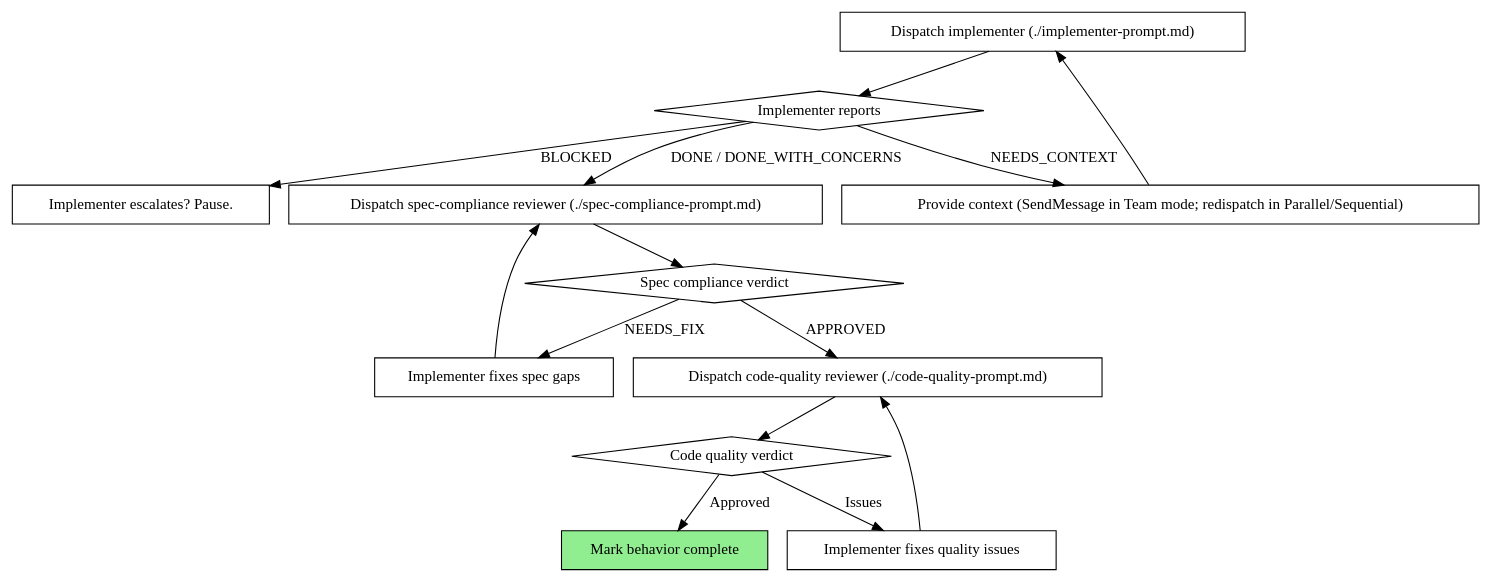
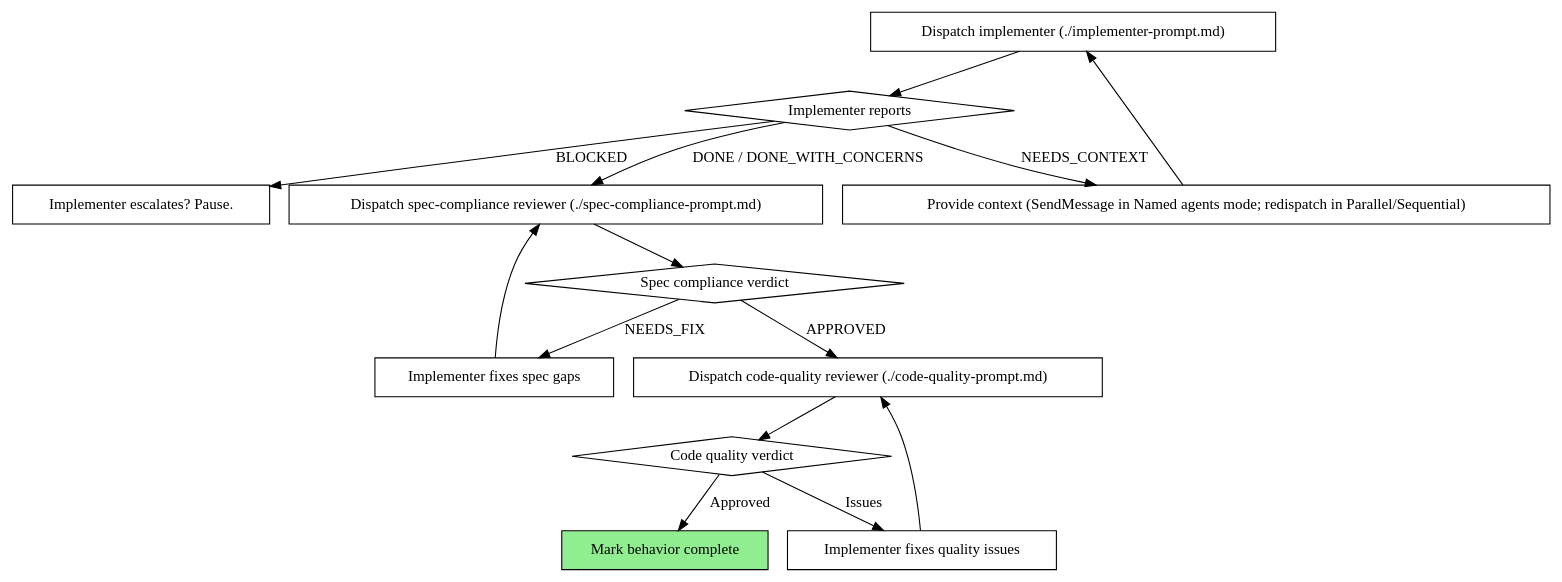
The diagram in plugins/wovenflow/skills/subflow/SKILL.md (wovenflow/wovenflow), drawn with Graphviz before and after one commit. The commit also changed other lines of this file and 5 other files, not shown here.

````diff
--- a/plugins/wovenflow/skills/subflow/SKILL.md
+++ b/plugins/wovenflow/skills/subflow/SKILL.md
@@ -305,30 +302,30 @@
 ```dot
 digraph build_per_behavior {
   rankdir=TB;
   "Dispatch implementer (./implementer-prompt.md)" [shape=box];
   "Implementer reports" [shape=diamond];
-  "Provide context (SendMessage in Team mode; redispatch in Parallel/Sequential)" [shape=box];
+  "Provide context (SendMessage in Named agents mode; redispatch in Parallel/Sequential)" [shape=box];
   "Implementer escalates? Pause." [shape=box];
   "Implementer fixes spec gaps" [shape=box];
   "Dispatch spec-compliance reviewer (./spec-compliance-prompt.md)" [shape=box];
   "Spec compliance verdict" [shape=diamond];
   "Dispatch code-quality reviewer (./code-quality-prompt.md)" [shape=box];
   "Code quality verdict" [shape=diamond];
   "Implementer fixes quality issues" [shape=box];
   "Mark behavior complete" [shape=box style=filled fillcolor=lightgreen];
 
   "Dispatch implementer (./implementer-prompt.md)" -> "Implementer reports";
-  "Implementer reports" -> "Provide context (SendMessage in Team mode; redispatch in Parallel/Sequential)" [label="NEEDS_CONTEXT"];
-  "Provide context (SendMessage in Team mode; redispatch in Parallel/Sequential)" -> "Dispatch implementer (./implementer-prompt.md)";
+  "Implementer reports" -> "Provide context (SendMessage in Named agents mode; redispatch in Parallel/Sequential)" [label="NEEDS_CONTEXT"];
+  "Provide context (SendMessage in Named agents mode; redispatch in Parallel/Sequential)" -> "Dispatch implementer (./implementer-prompt.md)";
   "Implementer reports" -> "Implementer escalates? Pause." [label="BLOCKED"];
   "Implementer reports" -> "Dispatch spec-compliance reviewer (./spec-compliance-prompt.md)" [label="DONE / DONE_WITH_CONCERNS"];
   "Dispatch spec-compliance reviewer (./spec-compliance-prompt.md)" -> "Spec compliance verdict";
   "Spec compliance verdict" -> "Implementer fixes spec gaps" [label="NEEDS_FIX"];
   "Implementer fixes spec gaps" -> "Dispatch spec-compliance reviewer (./spec-compliance-prompt.md)";
   "Spec compliance verdict" -> "Dispatch code-quality reviewer (./code-quality-prompt.md)" [label="APPROVED"];
   "Dispatch code-quality reviewer (./code-quality-prompt.md)" -> "Code quality verdict";
   "Code quality verdict" -> "Implementer fixes quality issues" [label="Issues"];
   "Implementer fixes quality issues" -> "Dispatch code-quality reviewer (./code-quality-prompt.md)";
   "Code quality verdict" -> "Mark behavior complete" [label="Approved"];
 }
 ```
````
